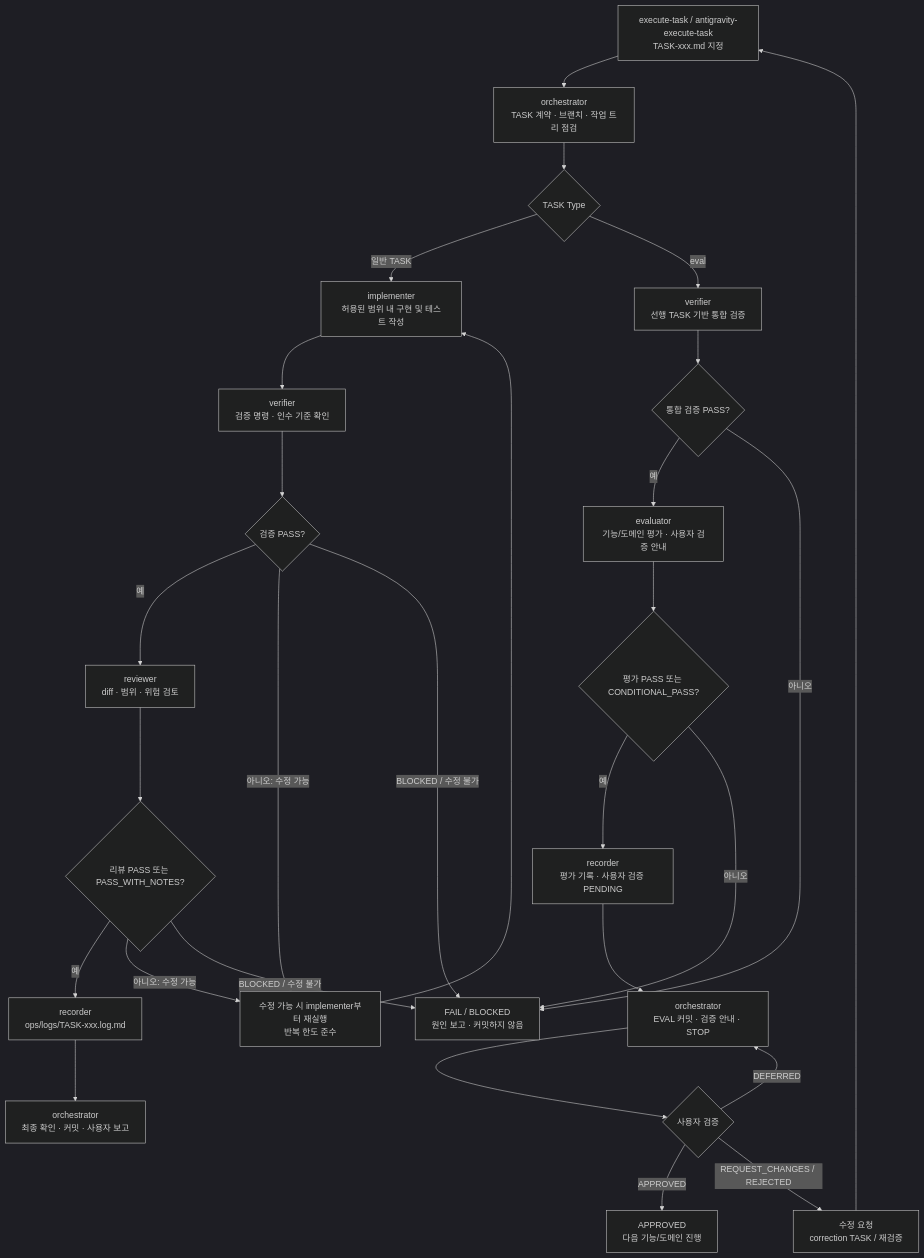
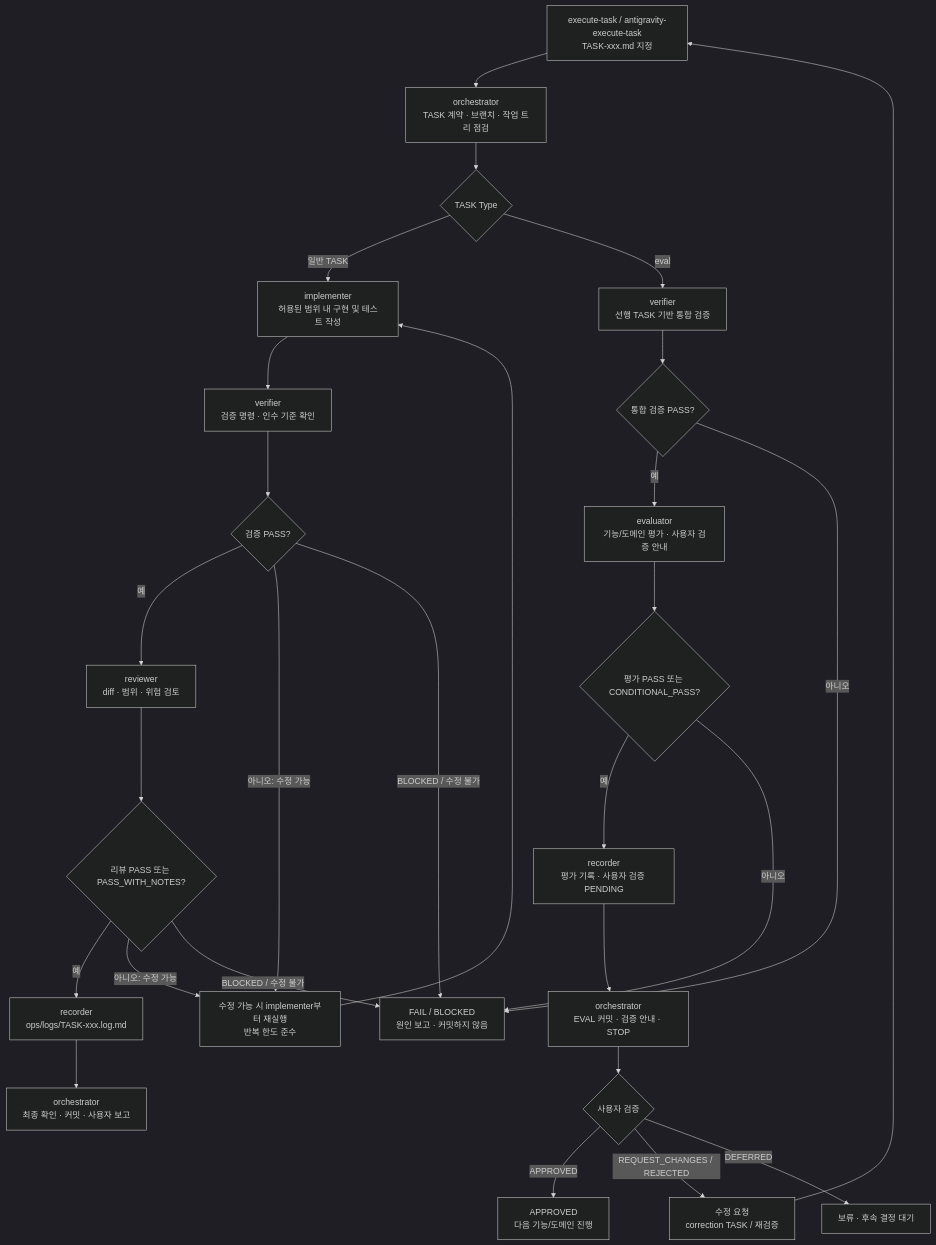
Before and after one commit to loopwhile/harness-dev: the third of 3 diagrams in README.md, drawn with Mermaid (dark theme).

Commit message:
docs: clarify deferred user-validation path in workflow

````diff
--- a/README.md
+++ b/README.md
@@ -72,40 +72,40 @@
 ```mermaid
 flowchart TD
     START["execute-task / antigravity-execute-task<br/>TASK-xxx.md 지정"]
     PRE["orchestrator<br/>TASK 계약 · 브랜치 · 작업 트리 점검"]
     TYPE{"TASK Type"}
     IMP["implementer<br/>허용된 범위 내 구현 및 테스트 작성"]
     VER["verifier<br/>검증 명령 · 인수 기준 확인"]
     VOK{"검증 PASS?"}
     REV["reviewer<br/>diff · 범위 · 위험 검토"]
     ROK{"리뷰 PASS 또는 PASS_WITH_NOTES?"}
     REC["recorder<br/>ops/logs/TASK-xxx.log.md"]
     COM["orchestrator<br/>최종 확인 · 커밋 · 사용자 보고"]
     EVAL["evaluator<br/>기능/도메인 평가 · 사용자 검증 안내"]
     EOK{"평가 PASS 또는 CONDITIONAL_PASS?"}
     EREC["recorder<br/>평가 기록 · 사용자 검증 PENDING"]
     ECOM["orchestrator<br/>EVAL 커밋 · 검증 안내 · STOP"]
     APPROVE{"사용자 검증"}
     NEXT["APPROVED<br/>다음 기능/도메인 진행"]
     CORRECT["수정 가능 시 implementer부터 재실행<br/>반복 한도 준수"]
     STOP["FAIL / BLOCKED<br/>원인 보고 · 커밋하지 않음"]
     CHANGE["수정 요청<br/>correction TASK / 재검증"]
 
     START --> PRE --> TYPE
     TYPE -- "일반 TASK" --> IMP --> VER --> VOK
     VOK -- "예" --> REV --> ROK
     VOK -- "아니오: 수정 가능" --> CORRECT --> IMP
     VOK -- "BLOCKED / 수정 불가" --> STOP
     ROK -- "예" --> REC --> COM
     ROK -- "아니오: 수정 가능" --> CORRECT
     ROK -- "BLOCKED / 수정 불가" --> STOP
     TYPE -- "eval" --> EVER["verifier<br/>선행 TASK 기반 통합 검증"] --> EVOK{"통합 검증 PASS?"}
     EVOK -- "예" --> EVAL --> EOK
     EVOK -- "아니오" --> STOP
     EOK -- "예" --> EREC --> ECOM --> APPROVE
     EOK -- "아니오" --> STOP
     APPROVE -- "APPROVED" --> NEXT
     APPROVE -- "REQUEST_CHANGES / REJECTED" --> CHANGE
     CHANGE --> START
-    APPROVE -- "DEFERRED" --> ECOM
+    APPROVE -- "DEFERRED" --> HOLD["보류 · 후속 결정 대기"]
 ```
````
